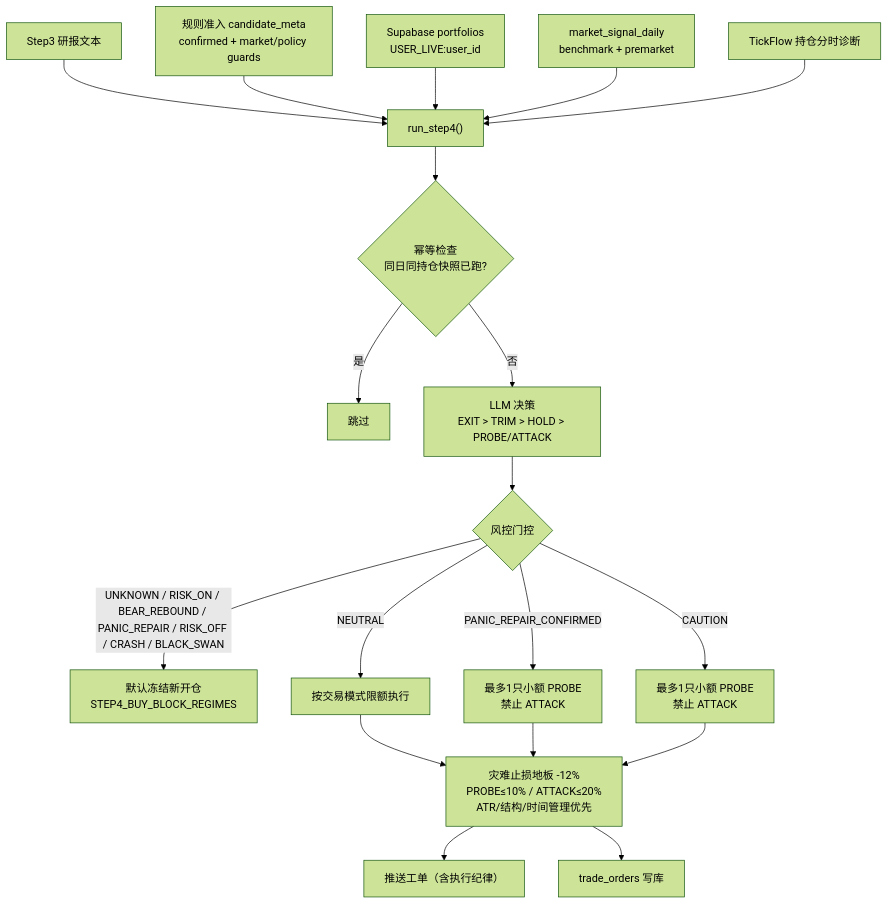
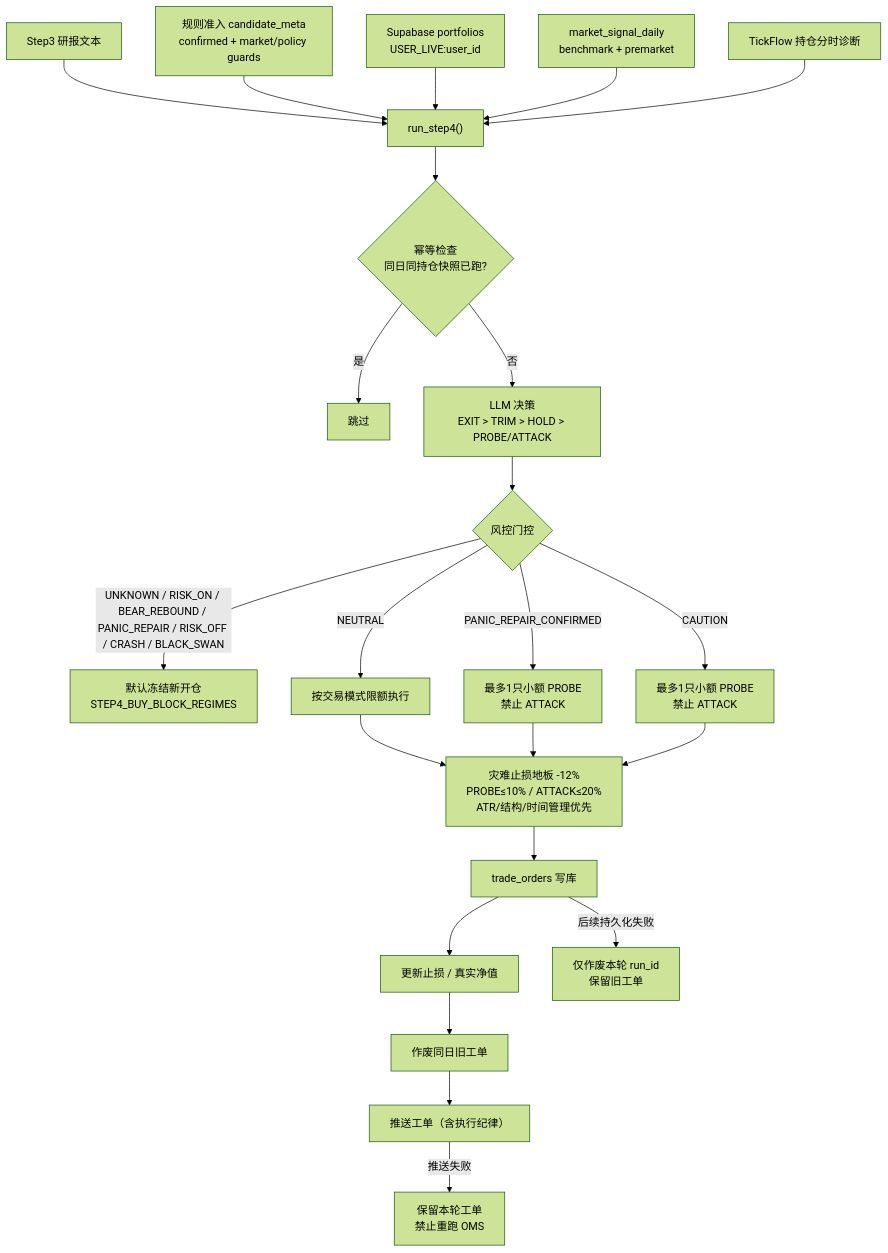
One commit to YoungCan-Wang/WyckoffTradingAgent changed the fifth of 7 diagrams in docs/A_SHARE_FUNNEL_FLOW.md. Above: the diagram before and after it, drawn with Mermaid (forest theme). The commit also changed other lines of this file and 5 other files, not shown here.

````diff
--- a/docs/A_SHARE_FUNNEL_FLOW.md
+++ b/docs/A_SHARE_FUNNEL_FLOW.md
@@ -305,24 +305,28 @@
 ```mermaid
 flowchart TD
     IN1["Step3 研报文本"] --> S4
     IN2["规则准入 candidate_meta<br/>confirmed + market/policy guards"] --> S4
     IN3["Supabase portfolios<br/>USER_LIVE:user_id"] --> S4
     IN4["market_signal_daily<br/>benchmark + premarket"] --> S4
     IN5["TickFlow 持仓分时诊断"] --> S4
 
     S4["run_step4()"] --> IDEM{"幂等检查<br/>同日同持仓快照已跑?"}
     IDEM -->|是| SKIP["跳过"]
     IDEM -->|否| LLM["LLM 决策<br/>EXIT > TRIM > HOLD > PROBE/ATTACK"]
 
     LLM --> RISK{"风控门控"}
 RISK -->|UNKNOWN / RISK_ON / BEAR_REBOUND / PANIC_REPAIR / RISK_OFF / CRASH / BLACK_SWAN| BLOCK_BUY["默认冻结新开仓<br/>STEP4_BUY_BLOCK_REGIMES"]
 RISK -->|PANIC_REPAIR_CONFIRMED| REPAIR_PROBE["最多1只小额 PROBE<br/>禁止 ATTACK"]
     RISK -->|CAUTION| CAUTION_PROBE["最多1只小额 PROBE<br/>禁止 ATTACK"]
     RISK -->|NEUTRAL| ALLOW["按交易模式限额执行"]
 
     ALLOW --> OMS["灾难止损地板 -12%<br/>PROBE≤10% / ATTACK≤20%<br/>ATR/结构/时间管理优先"]
     REPAIR_PROBE --> OMS
     CAUTION_PROBE --> OMS
-    OMS --> TG["推送工单（含执行纪律）"]
     OMS --> DB["trade_orders 写库"]
+    DB --> AUX["更新止损 / 真实净值"]
+    AUX --> OLD["作废同日旧工单"]
+    OLD --> TG["推送工单（含执行纪律）"]
+    DB -->|后续持久化失败| RB["仅作废本轮 run_id<br/>保留旧工单"]
+    TG -->|推送失败| KEEP["保留本轮工单<br/>禁止重跑 OMS"]
 ```
````
